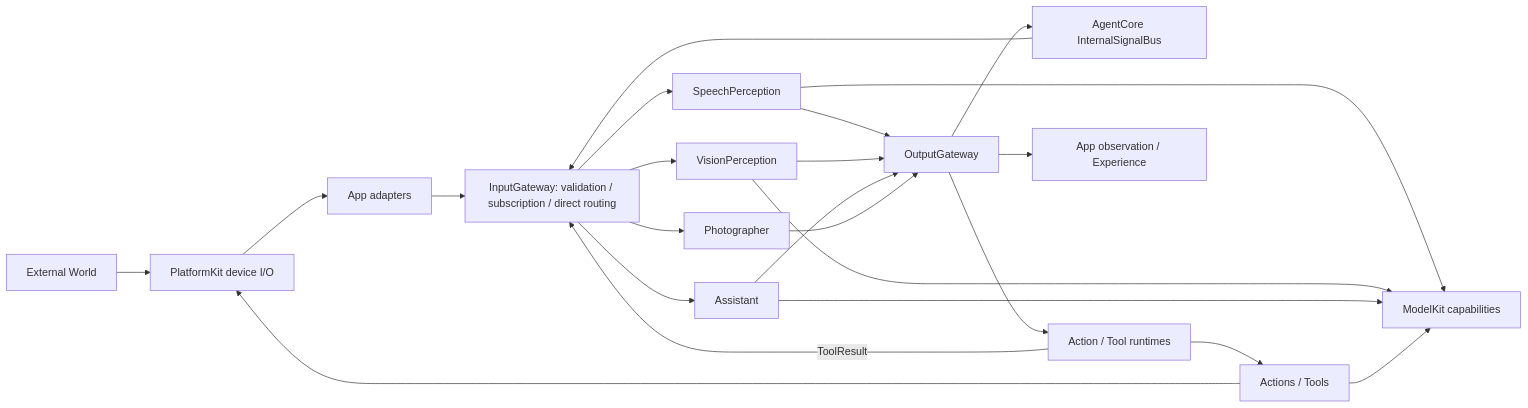
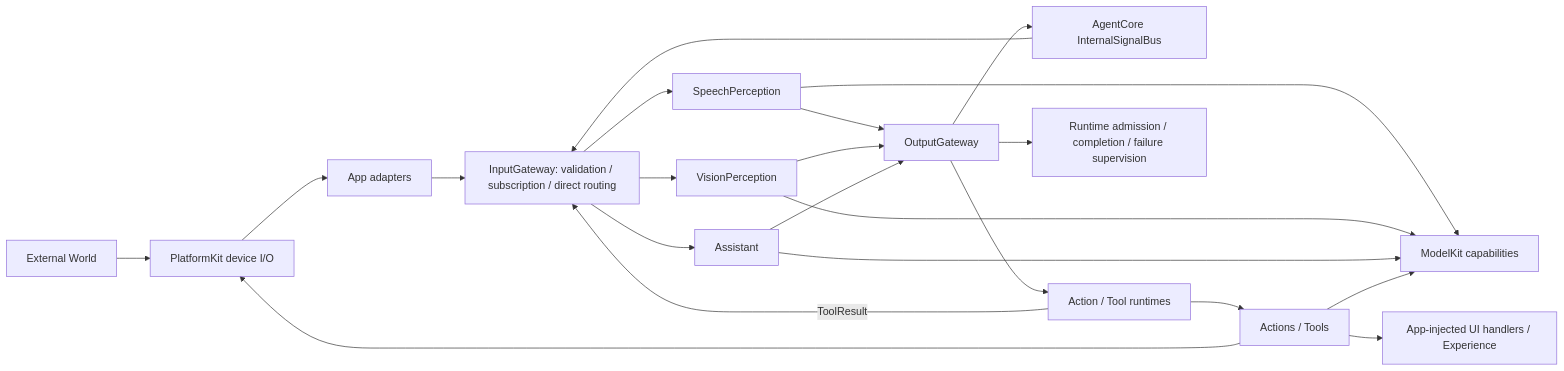
Before and after one commit to devilyouwei/MobileHarness: the first of 9 diagrams in MobileHarness/README.md, drawn with Mermaid. The commit also changed other lines of this file and 63 other files, not shown here.

````diff
--- a/MobileHarness/README.md
+++ b/MobileHarness/README.md
@@ -31,25 +31,24 @@
 ```mermaid
 flowchart LR
     WORLD[External World] --> PLATFORM[PlatformKit device I/O]
     PLATFORM --> APP[App adapters]
     APP --> IG[InputGateway: validation / subscription / direct routing]
     IG --> SP[SpeechPerception]
     IG --> VP[VisionPerception]
     IG --> A[Assistant]
-    IG --> P[Photographer]
     SP --> M[ModelKit capabilities]
     VP --> M
     A --> M
     SP --> OG[OutputGateway]
     VP --> OG
     A --> OG
-    P --> OG
     OG --> BUS[AgentCore InternalSignalBus]
     BUS --> IG
     OG --> EX[Action / Tool runtimes]
     EX --> ACTIONS[Actions / Tools]
     ACTIONS --> M
     ACTIONS --> PLATFORM
     EX -->|ToolResult| IG
-    OG --> UI[App observation / Experience]
+    ACTIONS --> UI[App-injected UI handlers / Experience]
+    OG --> Runtime[Runtime admission / completion / failure supervision]
 ```
````
